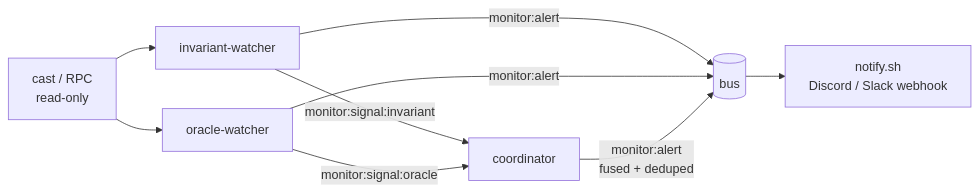
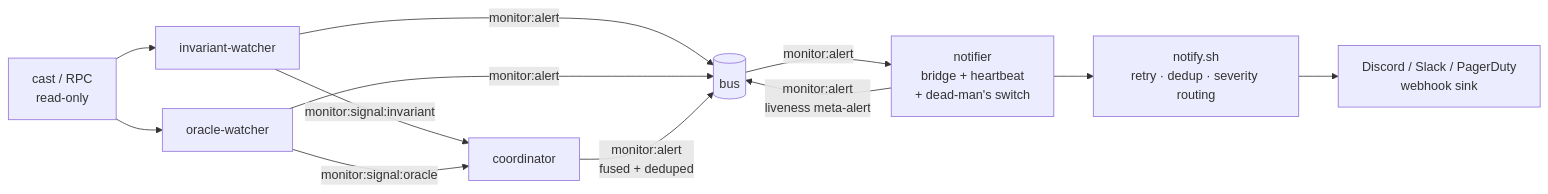
Before and after one commit to Replikanti/agentis-colonies: the diagram in dark-factory/monitor/README.md, drawn with Mermaid. The commit also changed other lines of this file and 5 other files, not shown here.

First line of the commit message:
feat(dark-factory): monitor alert-delivery pipeline — bridge + heartbeat/dead-man + hardened notify (#1092, #1093, #1094) (#1103)

````diff
--- a/dark-factory/monitor/README.md
+++ b/dark-factory/monitor/README.md
@@ -29,11 +33,14 @@
 ```mermaid
 flowchart LR
     C[cast / RPC<br/>read-only] --> IW[invariant-watcher]
     C --> OW[oracle-watcher]
     IW -->|monitor:signal:invariant| CO[coordinator]
     OW -->|monitor:signal:oracle| CO
     IW -->|monitor:alert| BUS[(bus)]
     OW -->|monitor:alert| BUS
     CO -->|monitor:alert<br/>fused + deduped| BUS
-    BUS --> N[notify.sh<br/>Discord / Slack webhook]
+    BUS -->|monitor:alert| NF[notifier<br/>bridge + heartbeat<br/>+ dead-man's switch]
+    NF -->|monitor:alert<br/>liveness meta-alert| BUS
+    NF --> N[notify.sh<br/>retry · dedup · severity routing]
+    N --> W[Discord / Slack / PagerDuty<br/>webhook sink]
 ```
````
